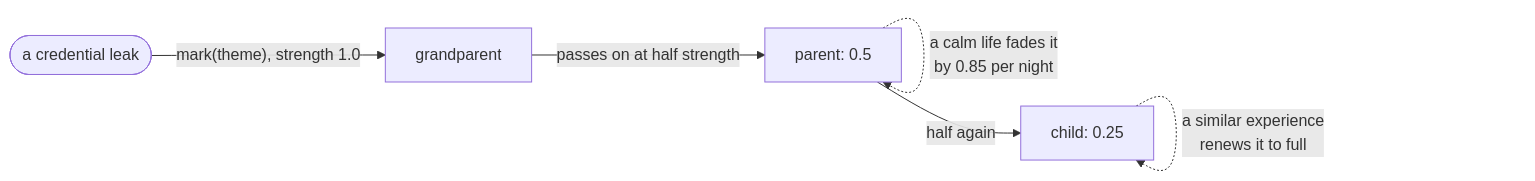
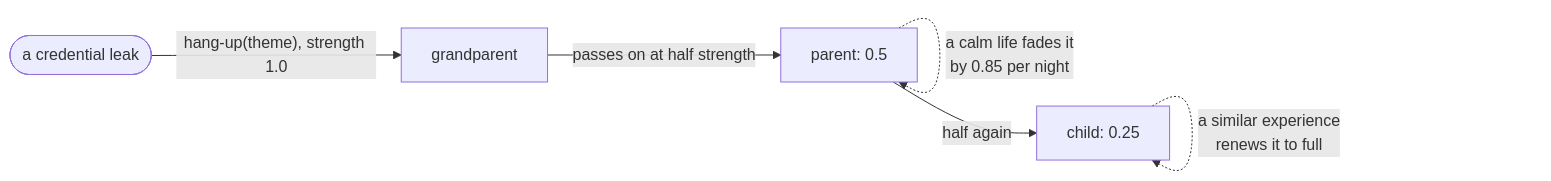
One commit to TheHaymaker/Ensemble-of-memories changed the fifth of 5 diagrams in README.md. Above: the diagram before and after it, drawn with Mermaid. The commit also changed other lines of this file and 53 other files, not shown here.

````diff
--- a/README.md
+++ b/README.md
@@ -145,8 +147,8 @@
 ```mermaid
 flowchart LR
-    E(["a credential leak"]) -->|"mark(theme), strength 1.0"| G["grandparent"]
+    E(["a credential leak"]) -->|"hang-up(theme), strength 1.0"| G["grandparent"]
     G -->|"passes on at half strength"| P["parent: 0.5"]
     P -->|"half again"| C["child: 0.25"]
     P -. "a calm life fades it<br/>by 0.85 per night" .-> P
     C -. "a similar experience<br/>renews it to full" .-> C
 ```
````
